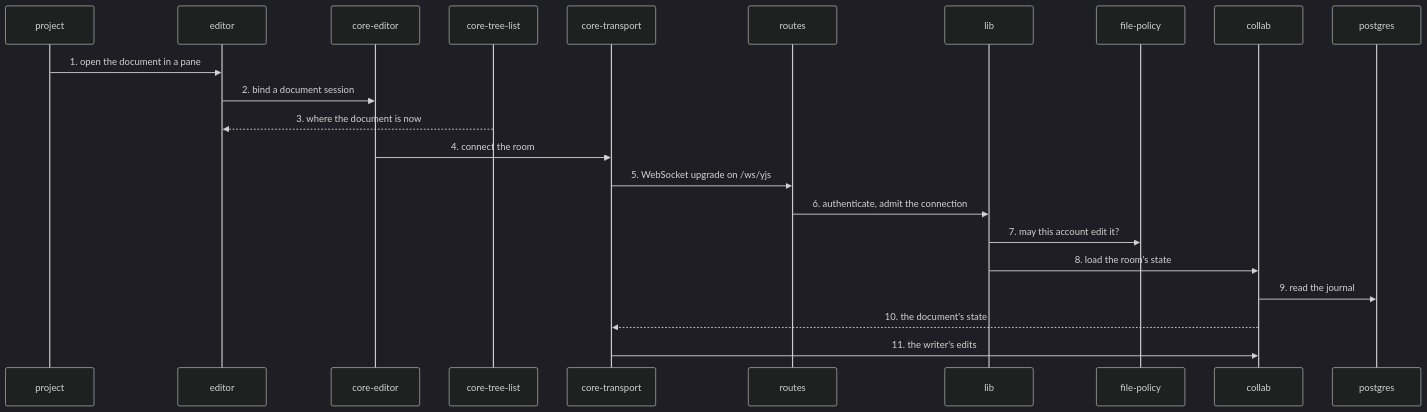
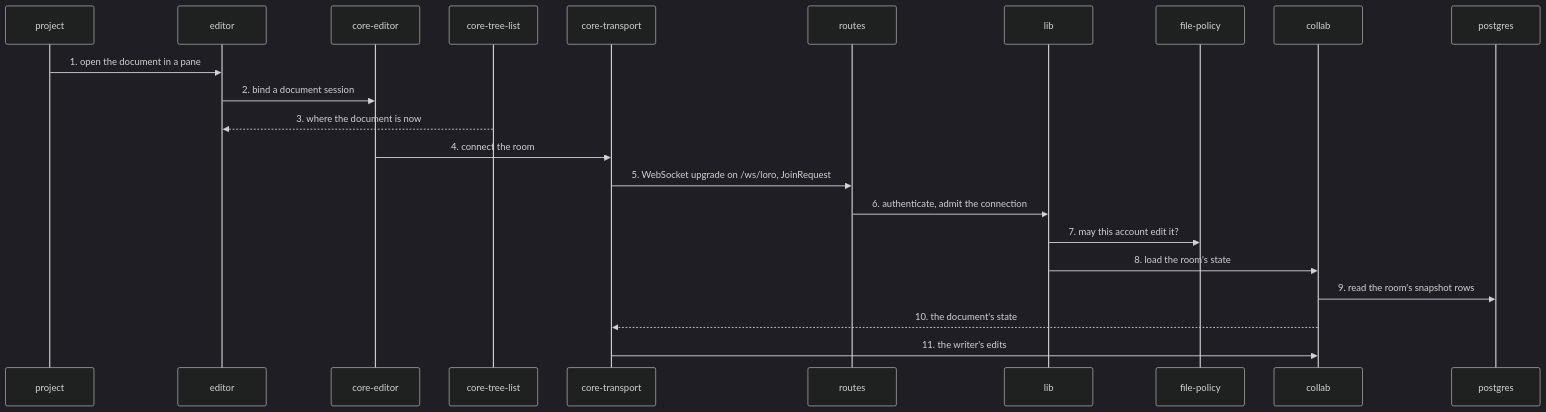
One commit to haowjy/meridian-flow changed the diagram in .context/system-architecture/flows/opening-a-document.md. Above: the diagram before and after it, drawn with Mermaid (dark theme). The commit also changed other lines of this file and 454 other files, not shown here.

````diff
--- a/.context/system-architecture/flows/opening-a-document.md
+++ b/.context/system-architecture/flows/opening-a-document.md
@@ -6,24 +6,24 @@
 ```mermaid
 sequenceDiagram
   participant project
   participant editor
   participant core-editor
   participant core-tree-list
   participant core-transport
   participant server-routes as routes
   participant server-lib as lib
   participant file-policy
   participant collab
   participant postgres
   project->>editor: 1. open the document in a pane
   editor->>core-editor: 2. bind a document session
   core-tree-list-->>editor: 3. where the document is now
   core-editor->>core-transport: 4. connect the room
-  core-transport->>server-routes: 5. WebSocket upgrade on /ws/yjs
+  core-transport->>server-routes: 5. WebSocket upgrade on /ws/loro, JoinRequest
   server-routes->>server-lib: 6. authenticate, admit the connection
   server-lib->>file-policy: 7. may this account edit it?
   server-lib->>collab: 8. load the room's state
-  collab->>postgres: 9. read the journal
+  collab->>postgres: 9. read the room's snapshot rows
   collab-->>core-transport: 10. the document's state
   core-transport->>collab: 11. the writer's edits
 ```
````
